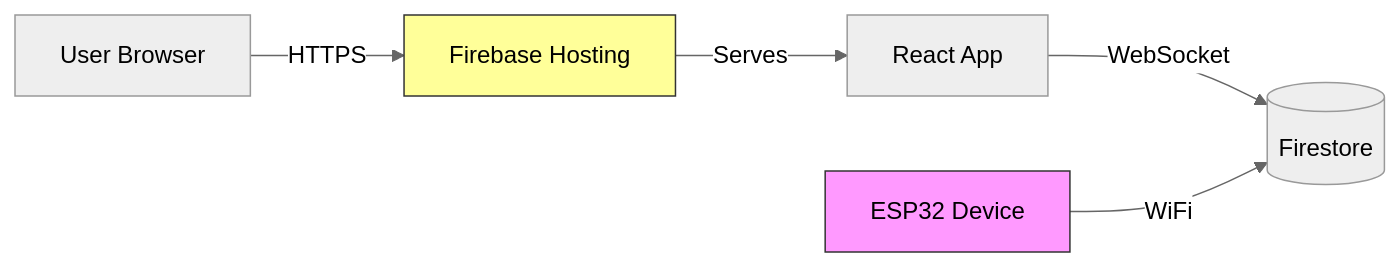
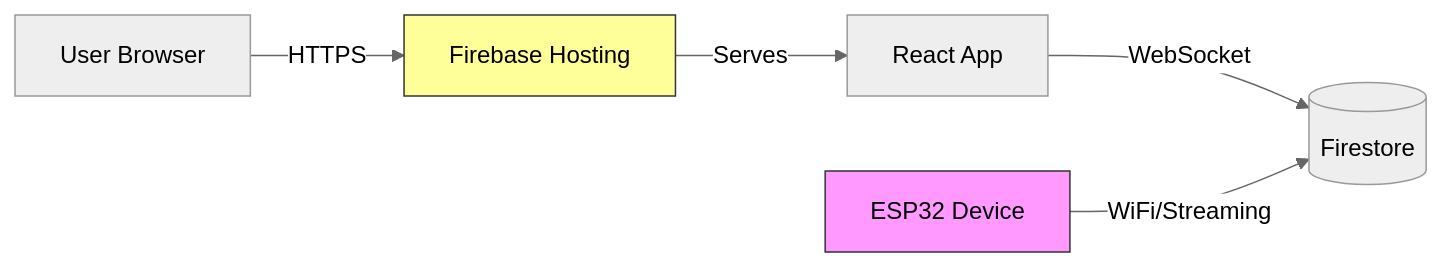
The diagram in web/ARCHITECTURE.md (jj-link/Pulsr), drawn with Mermaid (neutral theme) before and after one commit. The commit also changed other lines of this file and 7 other files, not shown here.

First line of the commit message:
docs: update architecture and plans for Firestore streaming migration

````diff
--- a/web/ARCHITECTURE.md
+++ b/web/ARCHITECTURE.md
@@ -121,15 +121,15 @@
 ```mermaid
 graph LR
     User[User Browser]
     Firebase[Firebase Hosting]
     Firestore[(Firestore)]
     ESP32[ESP32 Device]
     
     User -->|HTTPS| Firebase
     Firebase -->|Serves| React[React App]
     React -->|WebSocket| Firestore
-    ESP32 -->|WiFi| Firestore
+    ESP32 -->|WiFi/Streaming| Firestore
     
     style ESP32 fill:#f9f,stroke:#333
     style Firebase fill:#ff9,stroke:#333
 ```
````
